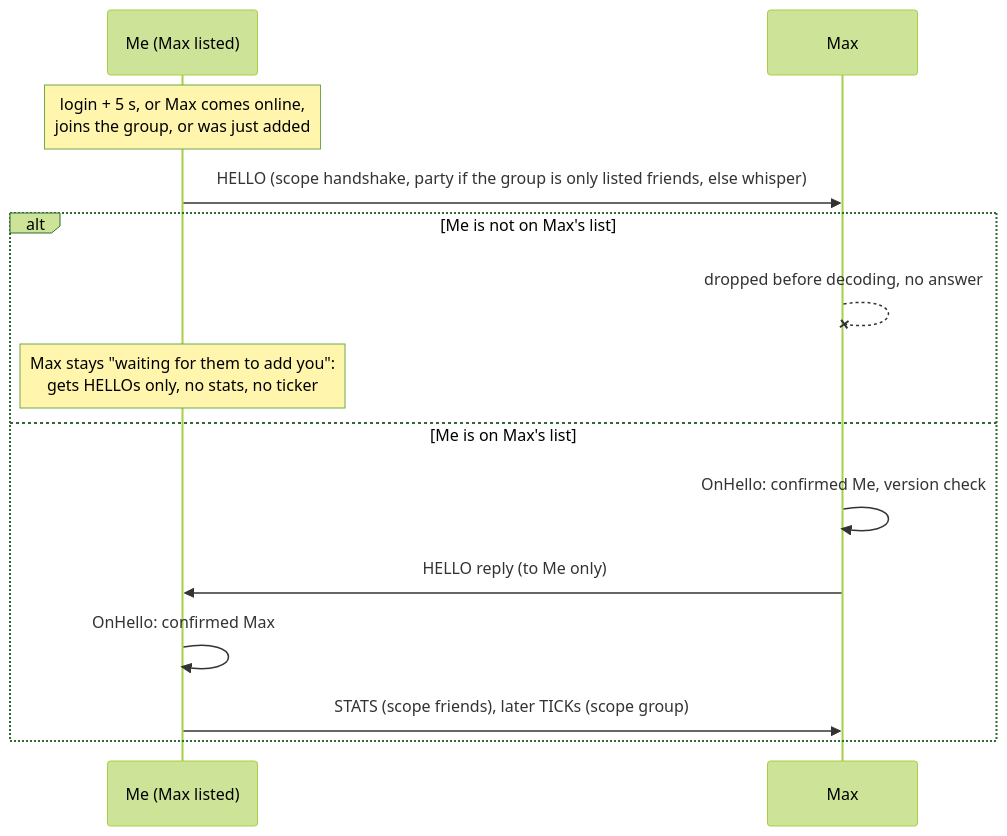
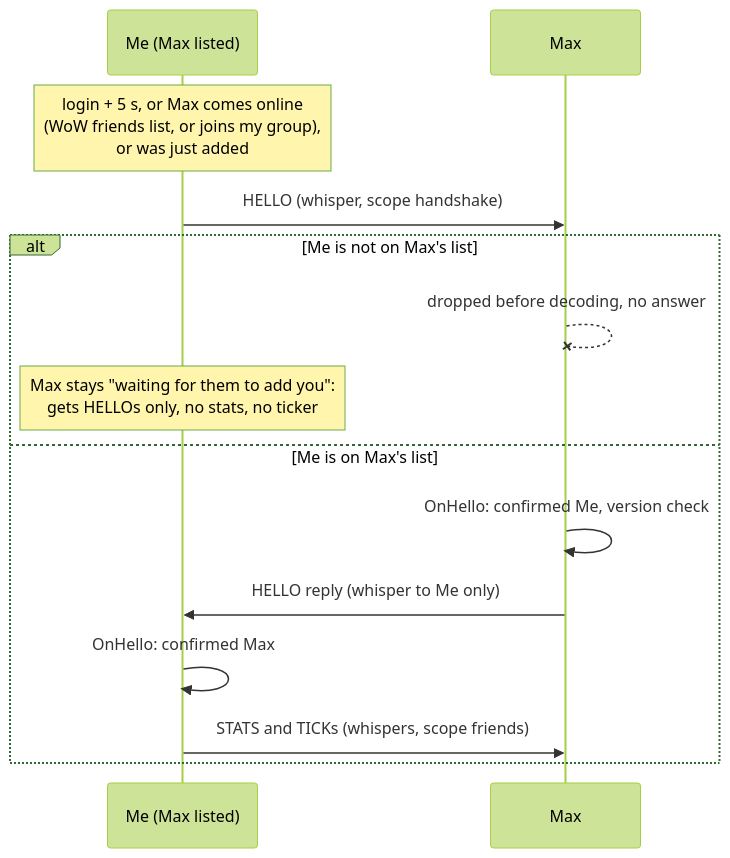
One commit to snoopjust/LooserPiml changed the fifth of 7 diagrams in ARCHITECTURE.md. Above: the diagram before and after it, drawn with Mermaid (forest theme). The commit also changed other lines of this file and 2 other files, not shown here.

First line of the commit message:
Docs: circle of friends as the core unit, whisper-only transport

````diff
--- a/ARCHITECTURE.md
+++ b/ARCHITECTURE.md
@@ -256,16 +261,16 @@
 ```mermaid
 sequenceDiagram
     participant Me as Me (Max listed)
     participant Max as Max
-    Note over Me: login + 5 s, or Max comes online,<br/>joins the group, or was just added
-    Me->>Max: HELLO (scope handshake, party if the group is only listed friends, else whisper)
+    Note over Me: login + 5 s, or Max comes online<br/>(WoW friends list, or joins my group),<br/>or was just added
+    Me->>Max: HELLO (whisper, scope handshake)
     alt Me is not on Max's list
         Max--xMax: dropped before decoding, no answer
         Note over Me: Max stays "waiting for them to add you":<br/>gets HELLOs only, no stats, no ticker
     else Me is on Max's list
         Max->>Max: OnHello: confirmed Me, version check
-        Max->>Me: HELLO reply (to Me only)
+        Max->>Me: HELLO reply (whisper to Me only)
         Me->>Me: OnHello: confirmed Max
-        Me->>Max: STATS (scope friends), later TICKs (scope group)
+        Me->>Max: STATS and TICKs (whispers, scope friends)
     end
 ```
````
